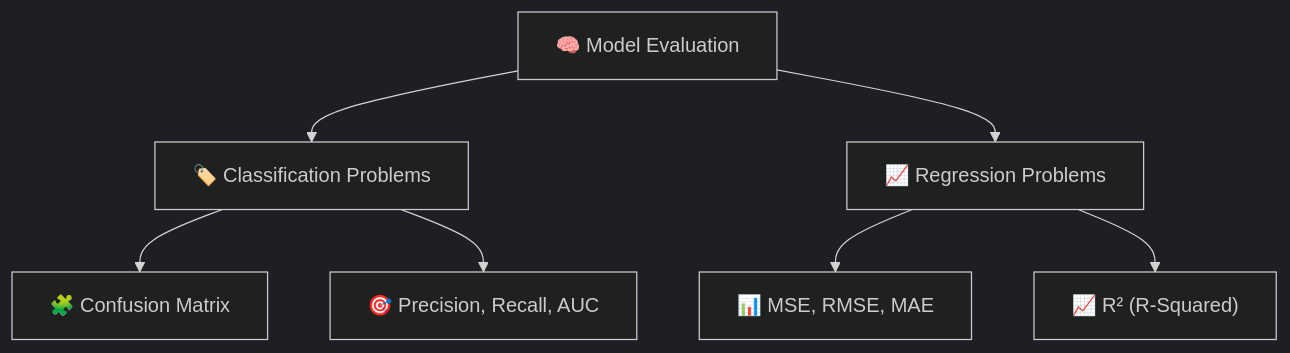
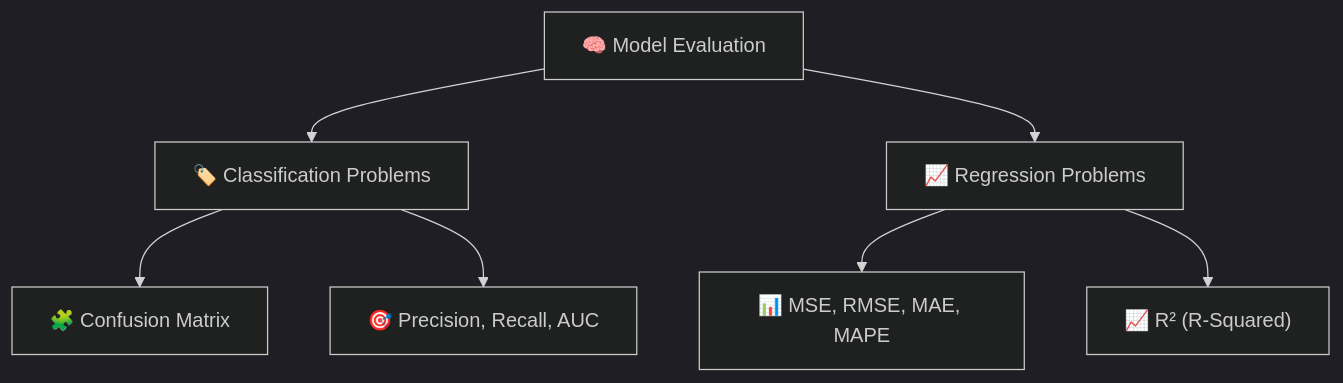
The diagram in exam/aws-cap/ai-ml-dp-basics/3.2.model-evaluation.md (hadywafa/AwsHub), drawn with Mermaid (dark theme) before and after one commit. The commit also changed other lines of this file and 1 other file, not shown here.

````diff
--- a/exam/aws-cap/ai-ml-dp-basics/3.2.model-evaluation.md
+++ b/exam/aws-cap/ai-ml-dp-basics/3.2.model-evaluation.md
@@ -19,12 +20,12 @@
 ```mermaid
 flowchart TD
     Evaluation[🧠 Model Evaluation]
     Evaluation --> Classification[🏷️ Classification Problems]
     Evaluation --> Regression[📈 Regression Problems]
 
     Classification --> ConfusionMatrix[🧩 Confusion Matrix]
     Classification --> PrecisionRecallAUC[🎯 Precision, Recall, AUC]
 
-    Regression --> MSE_RMSE_MAE[📊 MSE, RMSE, MAE]
+    Regression --> MSE_RMSE_MAE_MAPE[📊 MSE, RMSE, MAE, MAPE]
     Regression --> RSquared["📈 R² (R-Squared)"]
 ```
````
